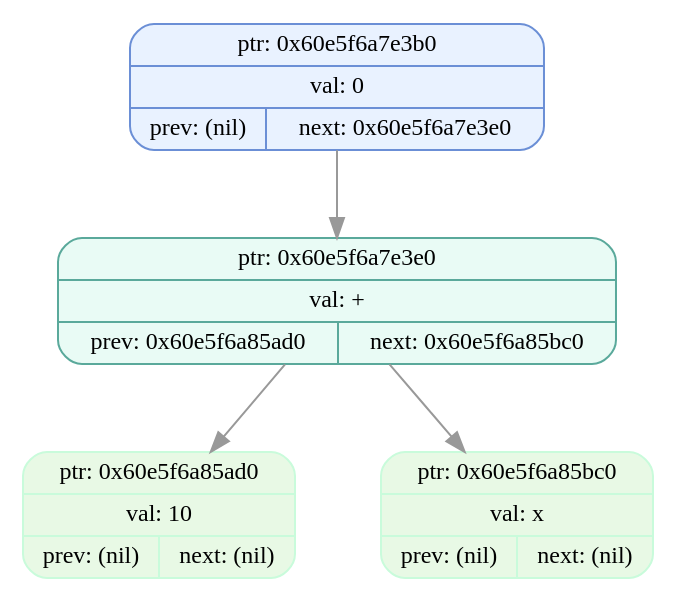
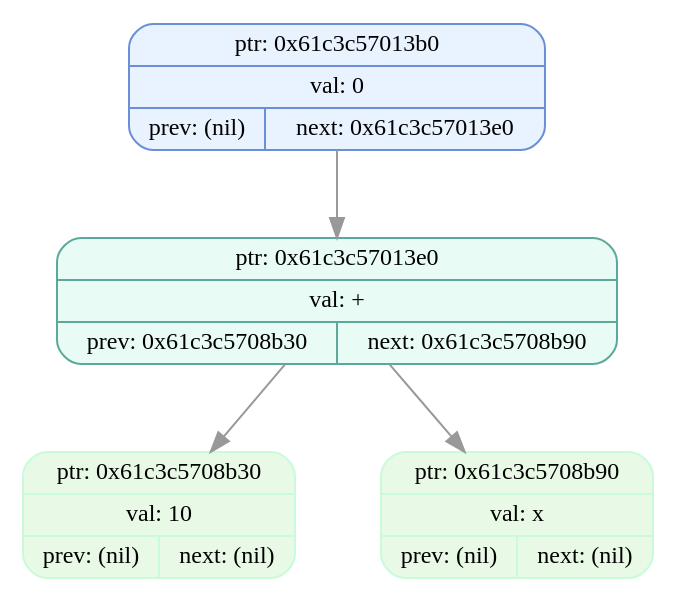
One commit to EvilTomato9890/Difference changed the diagram in dumps/tree_dump_003.dot. Above: the diagram before and after it, drawn with Graphviz. The commit also changed 29 other files, not shown here.

```diff
--- a/dumps/tree_dump_003.dot
+++ b/dumps/tree_dump_003.dot
@@ -1,11 +1,11 @@
 digraph T{
   node [fontname="Fira Mono",shape=record,style="filled,rounded",fontsize=12];
   graph [splines=true, nodesep=0.6, ranksep=0.6];
-  node_0x60e5f6a7e3b0[shape=record,label="{ {ptr: 0x60e5f6a7e3b0} | {val: 0} | { prev: (nil) | next: 0x60e5f6a7e3e0 } }",color="#6b8fd6",fillcolor="#e9f2ff"];
-  node_0x60e5f6a7e3e0[shape=record,label="{ {ptr: 0x60e5f6a7e3e0} | {val: +} | { prev: 0x60e5f6a85ad0 | next: 0x60e5f6a85bc0 } }",color="#5aa99b",fillcolor="#e9fbf5"];
-  node_0x60e5f6a85ad0[shape=record,label="{ {ptr: 0x60e5f6a85ad0} | {val: 10} | { prev: (nil) | next: (nil) } }",color="#c9fbdbff",fillcolor="#e8f9e5ff"];
-  node_0x60e5f6a85bc0[shape=record,label="{ {ptr: 0x60e5f6a85bc0} | {val: x} | { prev: (nil) | next: (nil) } }",color="#c9fbdbff",fillcolor="#e8f9e5ff"];
-  node_0x60e5f6a7e3b0 -> node_0x60e5f6a7e3e0 [color="#999999"];
-  node_0x60e5f6a7e3e0 -> node_0x60e5f6a85ad0 [color="#999999"];
-  node_0x60e5f6a7e3e0 -> node_0x60e5f6a85bc0 [color="#999999"];
+  node_0x61c3c57013b0[shape=record,label="{ {ptr: 0x61c3c57013b0} | {val: 0} | { prev: (nil) | next: 0x61c3c57013e0 } }",color="#6b8fd6",fillcolor="#e9f2ff"];
+  node_0x61c3c57013e0[shape=record,label="{ {ptr: 0x61c3c57013e0} | {val: +} | { prev: 0x61c3c5708b30 | next: 0x61c3c5708b90 } }",color="#5aa99b",fillcolor="#e9fbf5"];
+  node_0x61c3c5708b30[shape=record,label="{ {ptr: 0x61c3c5708b30} | {val: 10} | { prev: (nil) | next: (nil) } }",color="#c9fbdbff",fillcolor="#e8f9e5ff"];
+  node_0x61c3c5708b90[shape=record,label="{ {ptr: 0x61c3c5708b90} | {val: x} | { prev: (nil) | next: (nil) } }",color="#c9fbdbff",fillcolor="#e8f9e5ff"];
+  node_0x61c3c57013b0 -> node_0x61c3c57013e0 [color="#999999"];
+  node_0x61c3c57013e0 -> node_0x61c3c5708b30 [color="#999999"];
+  node_0x61c3c57013e0 -> node_0x61c3c5708b90 [color="#999999"];
 }
```
